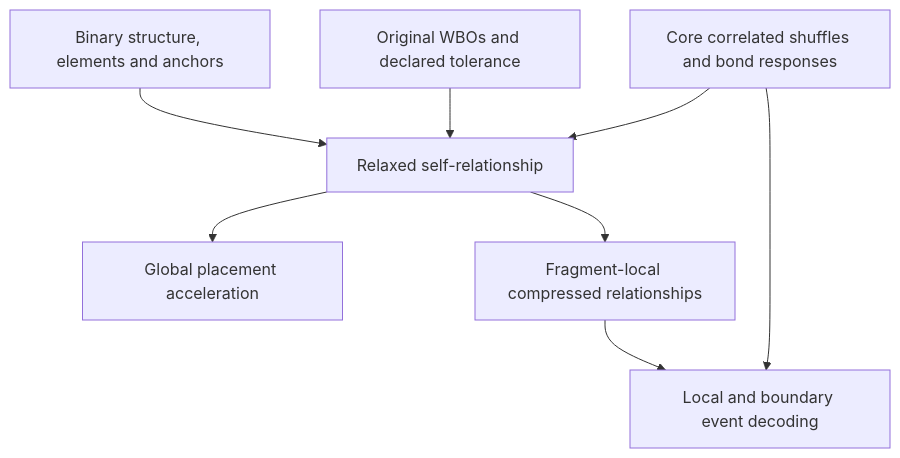
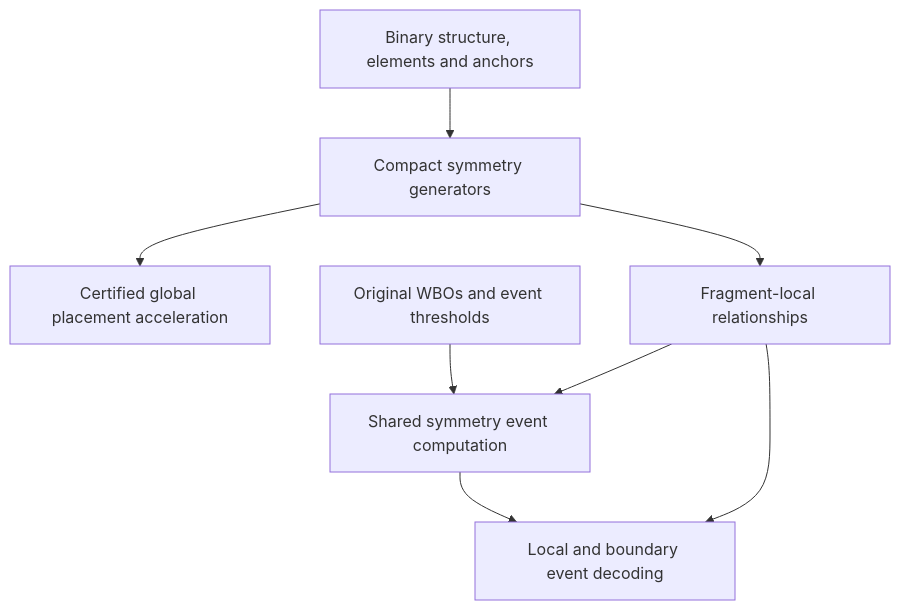
The second of 6 diagrams in design.md (yunhzou/MAPPA-AAM), drawn with Mermaid before and after one commit. The commit also changed other lines of this file and 80 other files, not shown here.

Commit message:
Integrate queryable binary fragment symmetry responses

````diff
--- a/design.md
+++ b/design.md
@@ -83,10 +123,10 @@
 ```mermaid
 flowchart TD
-    Structural[Binary structure, elements and anchors] --> Relaxed[Relaxed self-relationship]
-    Weights[Original WBOs and declared tolerance] --> Relaxed
-    Core[Core correlated shuffles and bond responses] --> Relaxed
-    Relaxed --> Global[Global placement acceleration]
-    Relaxed --> Local[Fragment-local compressed relationships]
+    Structural[Binary structure, elements and anchors] --> Symmetry[Compact symmetry generators]
+    Symmetry --> Global[Certified global placement acceleration]
+    Symmetry --> Local[Fragment-local relationships]
+    Weights[Original WBOs and event thresholds] --> Core[Shared symmetry event computation]
+    Local --> Core
     Core --> Decoder[Local and boundary event decoding]
     Local --> Decoder
 ```
````
